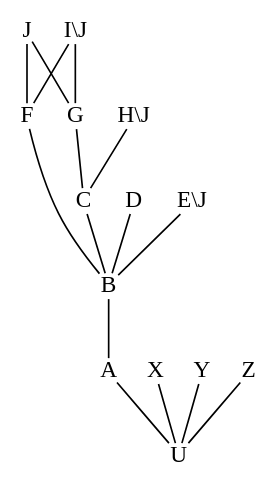
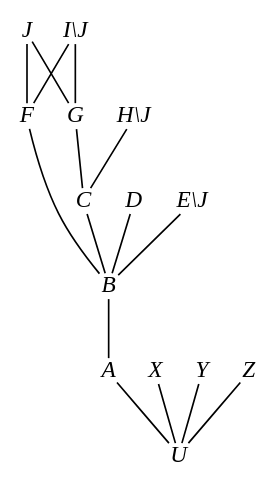
Before and after one commit to opencaesar/owl-tools: the diagram in owl-close-world/step-1-final.dot, drawn with Graphviz. The commit also changed 38 other files, not shown here.

```diff
--- a/owl-close-world/step-1-final.dot
+++ b/owl-close-world/step-1-final.dot
@@ -1,162 +1,176 @@
 digraph BundleClosure__Taxonomy {
     rankdir = BT
 
     J [
+        fontname = "Times-Italic",
         fontsize = 14,
         shape = plain,
         label = J
     ]
 
     G [
+        fontname = "Times-Italic",
         fontsize = 14,
         shape = plain,
         label = G
     ]
 
     C [
+        fontname = "Times-Italic",
         fontsize = 14,
         shape = plain,
         label = C
     ]
 
     D [
+        fontname = "Times-Italic",
         fontsize = 14,
         shape = plain,
         label = D
     ]
 
     F [
+        fontname = "Times-Italic",
         fontsize = 14,
         shape = plain,
         label = F
     ]
 
     B [
+        fontname = "Times-Italic",
         fontsize = 14,
         shape = plain,
         label = B
     ]
 
     A [
+        fontname = "Times-Italic",
         fontsize = 14,
         shape = plain,
         label = A
     ]
 
     X [
+        fontname = "Times-Italic",
         fontsize = 14,
         shape = plain,
         label = X
     ]
 
     Y [
+        fontname = "Times-Italic",
         fontsize = 14,
         shape = plain,
         label = Y
     ]
 
     Z [
+        fontname = "Times-Italic",
         fontsize = 14,
         shape = plain,
         label = Z
     ]
 
     U [
+        fontname = "Times-Italic",
         fontsize = 14,
         shape = plain,
         label = U
     ]
 
     "I\\J" [
+        fontname = "Times-Italic",
         fontsize = 14,
         shape = plain,
         label = "I\\J"
     ]
 
     "H\\J" [
+        fontname = "Times-Italic",
         fontsize = 14,
         shape = plain,
         label = "H\\J"
     ]
 
     "E\\J" [
+        fontname = "Times-Italic",
         fontsize = 14,
         shape = plain,
         label = "E\\J"
     ]
 
     G -> J [
         arrowhead = none,
         fontsize = 8
     ]
 
     G -> "I\\J" [
         arrowhead = none,
         fontsize = 8
     ]
 
     C -> G [
         arrowhead = none,
         fontsize = 8
     ]
 
     C -> "H\\J" [
         arrowhead = none,
         fontsize = 8
     ]
 
     F -> J [
         arrowhead = none,
         fontsize = 8
     ]
 
     F -> "I\\J" [
         arrowhead = none,
         fontsize = 8
     ]
 
     B -> C [
         arrowhead = none,
         fontsize = 8
     ]
 
     B -> D [
         arrowhead = none,
         fontsize = 8
     ]
 
     B -> F [
         arrowhead = none,
         fontsize = 8
     ]
 
     B -> "E\\J" [
         arrowhead = none,
         fontsize = 8
     ]
 
     A -> B [
         arrowhead = none,
         fontsize = 8
     ]
 
     U -> A [
         arrowhead = none,
         fontsize = 8
     ]
 
     U -> X [
         arrowhead = none,
         fontsize = 8
     ]
 
     U -> Y [
         arrowhead = none,
         fontsize = 8
     ]
 
     U -> Z [
         arrowhead = none,
         fontsize = 8
     ]
 }
```
